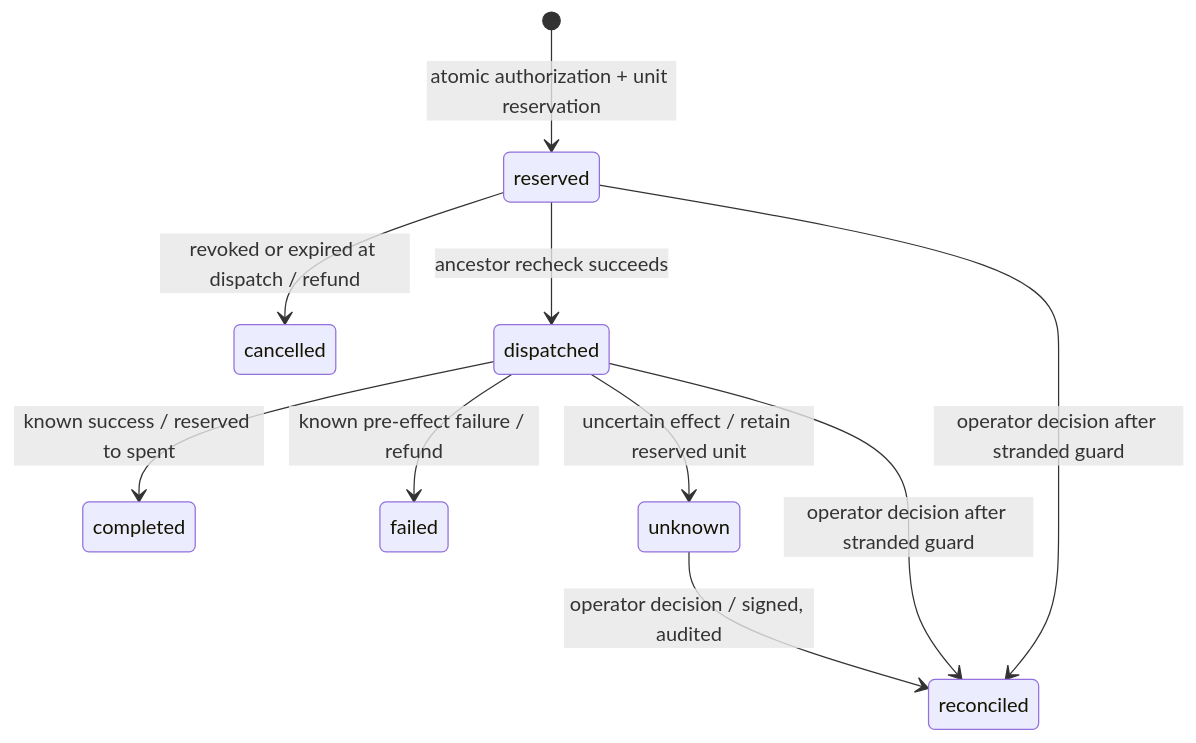
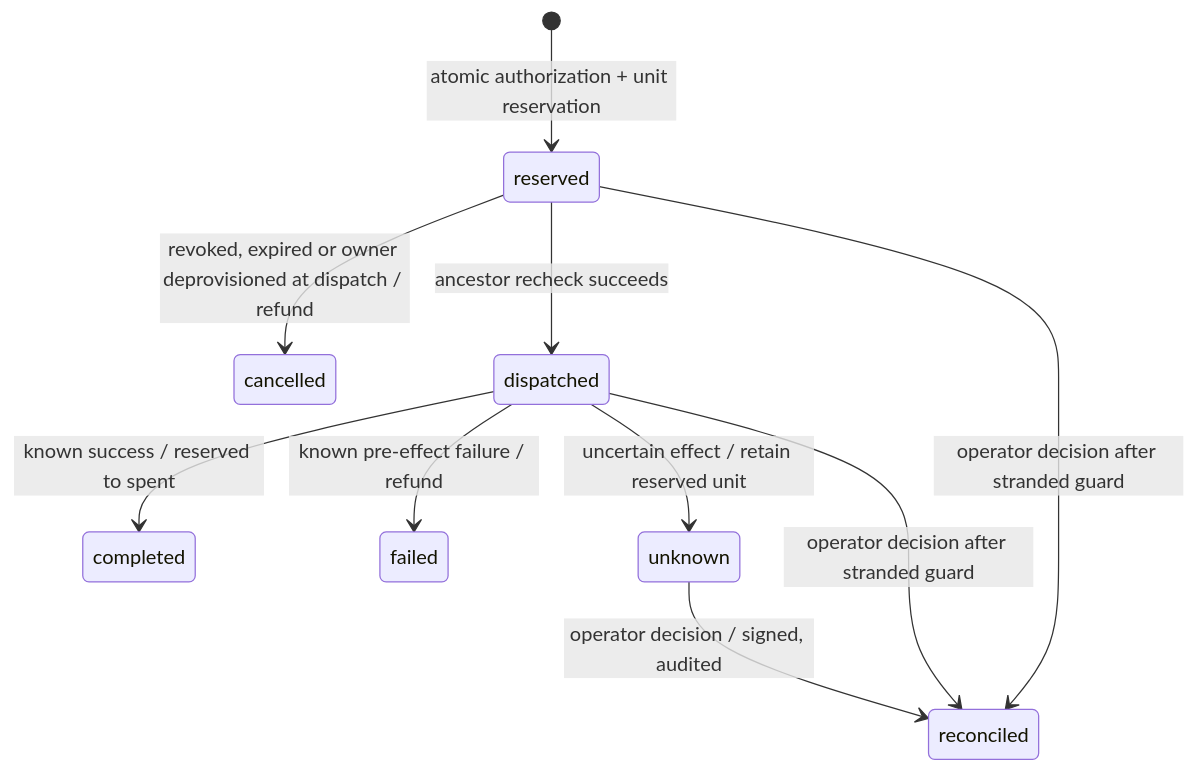
Before and after one commit to thomasafroo/Agent-Passport: the diagram in docs/architecture.md, drawn with Mermaid. The commit also changed other lines of this file and 5 other files, not shown here.

````diff
--- a/docs/architecture.md
+++ b/docs/architecture.md
@@ -58,12 +58,12 @@
 ```mermaid
 stateDiagram-v2
     [*] --> reserved: atomic authorization + unit reservation
-    reserved --> cancelled: revoked or expired at dispatch / refund
+    reserved --> cancelled: revoked, expired or owner deprovisioned at dispatch / refund
     reserved --> dispatched: ancestor recheck succeeds
     dispatched --> completed: known success / reserved to spent
     dispatched --> failed: known pre-effect failure / refund
     dispatched --> unknown: uncertain effect / retain reserved unit
     unknown --> reconciled: operator decision / signed, audited
     reserved --> reconciled: operator decision after stranded guard
     dispatched --> reconciled: operator decision after stranded guard
 ```
````
